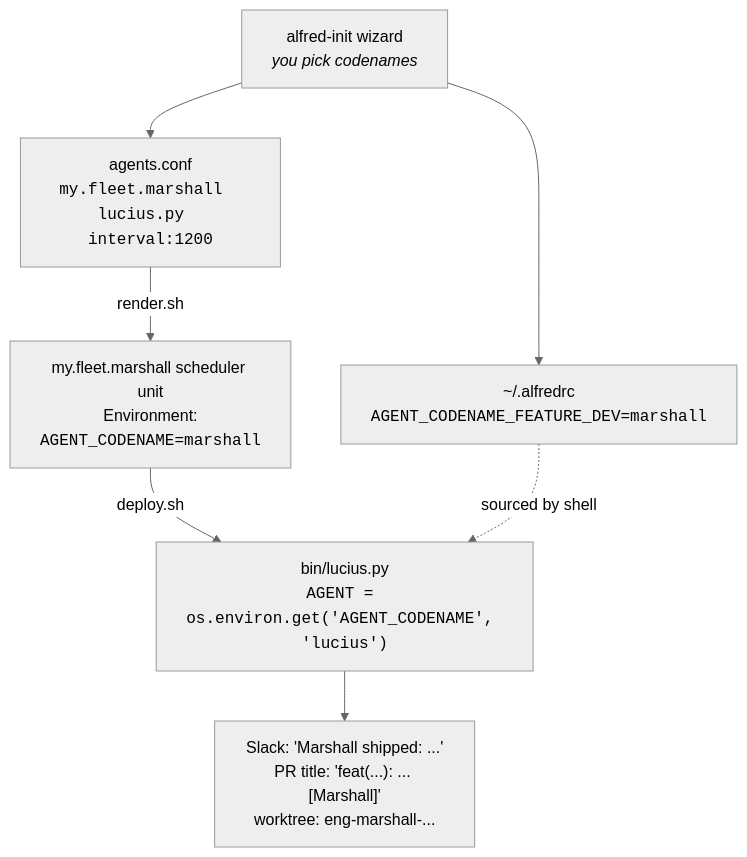
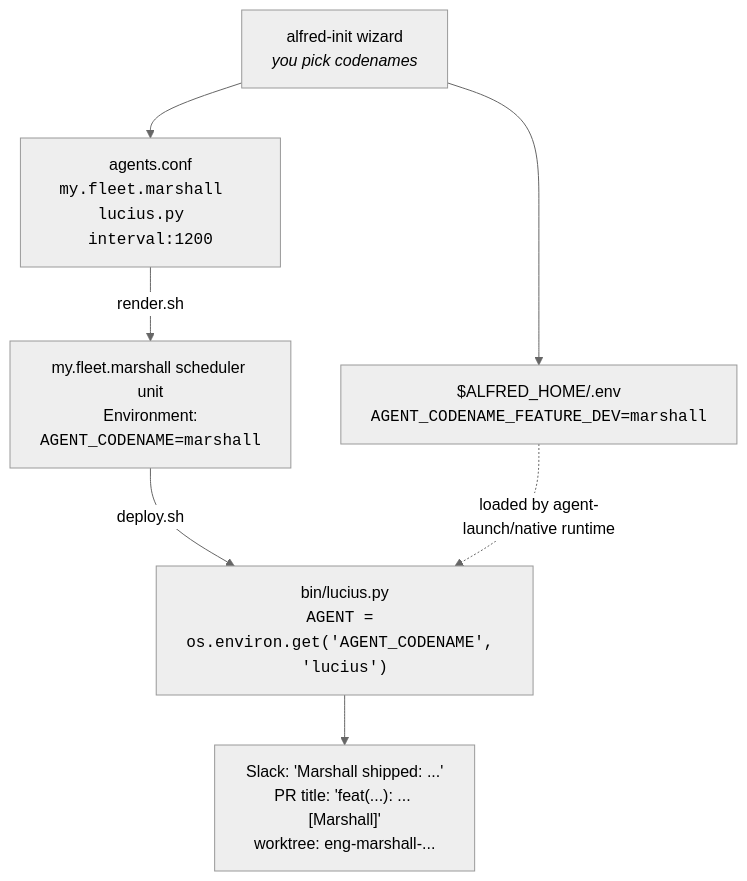
One commit to luminik-io/alfred-os changed the diagram in site/src/content/docs/concepts/codename-pattern.md. Above: the diagram before and after it, drawn with Mermaid (neutral theme). The commit also changed 83 other files, not shown here.

````diff
--- a/site/src/content/docs/concepts/codename-pattern.md
+++ b/site/src/content/docs/concepts/codename-pattern.md
@@ -87,16 +87,16 @@
 ```mermaid
 flowchart TB
     init["alfred-init wizard<br/><i>you pick codenames</i>"]
-    rc["~/.alfredrc<br/><code>AGENT_CODENAME_FEATURE_DEV=marshall</code>"]
+    rc["$ALFRED_HOME/.env<br/><code>AGENT_CODENAME_FEATURE_DEV=marshall</code>"]
     conf["agents.conf<br/><code>my.fleet.marshall  lucius.py  interval:1200</code>"]
     unit["my.fleet.marshall scheduler unit<br/>Environment:<br/><code>AGENT_CODENAME=marshall</code>"]
     runner["bin/lucius.py<br/><code>AGENT = os.environ.get('AGENT_CODENAME', 'lucius')</code>"]
     output["Slack: 'Marshall shipped: ...'<br/>PR title: 'feat(...): ... [Marshall]'<br/>worktree: eng-marshall-..."]
 
     init --> rc
     init --> conf
     conf -- "render.sh" --> unit
     unit -- "deploy.sh" --> runner
-    rc -. "sourced by shell" .-> runner
+    rc -. "loaded by agent-launch/native runtime" .-> runner
     runner --> output
 ```
````
